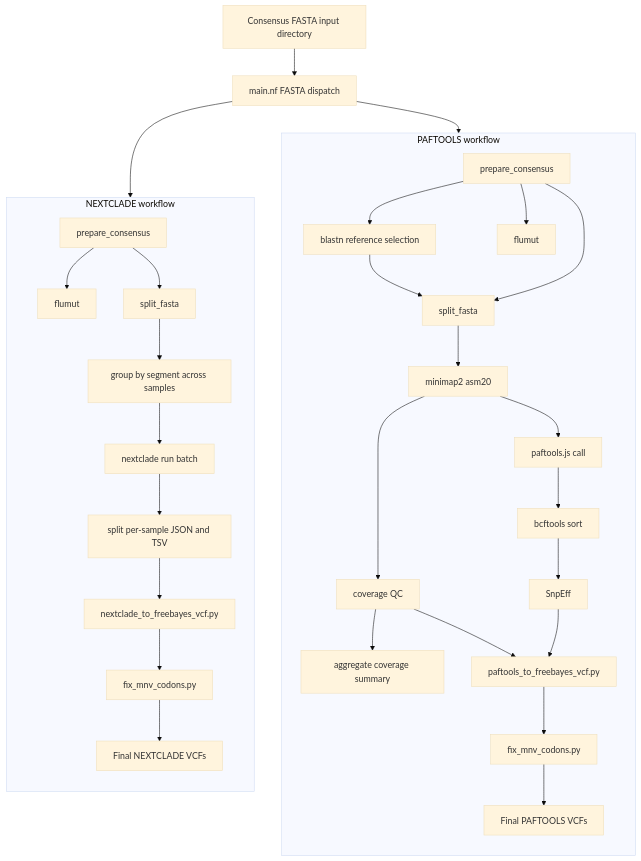
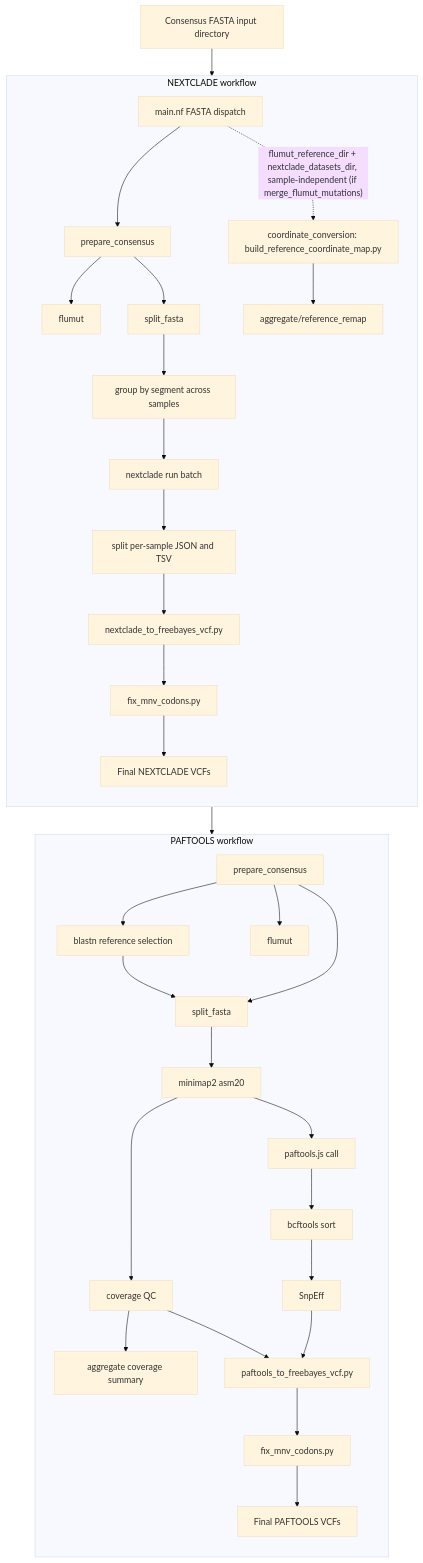
One commit to BCCDC-PHL/fluscan-nf changed the diagram in README.md. Above: the diagram before and after it, drawn with Mermaid (base theme). The commit also changed other lines of this file and 30 other files, not shown here.

````diff
--- a/README.md
+++ b/README.md
@@ -43,63 +44,67 @@
 ```mermaid
 flowchart TD
     input[Consensus FASTA input directory]
     dispatch[main.nf FASTA dispatch]
 
     input --> dispatch
     dispatch --> paftools_prepare
     dispatch --> nextclade_prepare
 
     subgraph PAFTOOLS[PAFTOOLS workflow]
         direction TB
         paftools_prepare[prepare_consensus]
         paftools_flumut[flumut]
         blastn[blastn reference selection]
         split_ref[split_fasta]
         minimap[minimap2 asm20]
         covqc[coverage QC]
         covagg[aggregate coverage summary]
         paftools_call[paftools.js call]
         sortvcf[bcftools sort]
         snpeff[SnpEff]
         paf2fb[paftools_to_freebayes_vcf.py]
         fixmnv_paf[fix_mnv_codons.py]
         paf_final[Final PAFTOOLS VCFs]
 
         paftools_prepare --> blastn
         paftools_prepare --> paftools_flumut
         paftools_prepare --> split_ref
         blastn --> split_ref
         split_ref --> minimap
         minimap --> covqc
         covqc --> covagg
         minimap --> paftools_call
         paftools_call --> sortvcf
         sortvcf --> snpeff
         snpeff --> paf2fb
         covqc --> paf2fb
         paf2fb --> fixmnv_paf
         fixmnv_paf --> paf_final
     end
 
     subgraph NEXTCLADE[NEXTCLADE workflow]
         direction TB
         nextclade_prepare[prepare_consensus]
         nextclade_flumut[flumut]
         split_consensus[split_fasta]
         groupseg[group by segment across samples]
         nc_run[nextclade run batch]
         split_results[split per-sample JSON and TSV]
         nc2vcf[nextclade_to_freebayes_vcf.py]
         fixmnv_nc[fix_mnv_codons.py]
         nc_final[Final NEXTCLADE VCFs]
+        coord_map[coordinate_conversion: build_reference_coordinate_map.py]
+        coord_final[aggregate/reference_remap]
 
         nextclade_prepare --> nextclade_flumut
         nextclade_prepare --> split_consensus
         split_consensus --> groupseg
         groupseg --> nc_run
         nc_run --> split_results
         split_results --> nc2vcf
         nc2vcf --> fixmnv_nc
         fixmnv_nc --> nc_final
+        dispatch -.->|"flumut_reference_dir + nextclade_datasets_dir, sample-independent (if merge_flumut_mutations)"| coord_map
+        coord_map --> coord_final
     end
 ```
````
